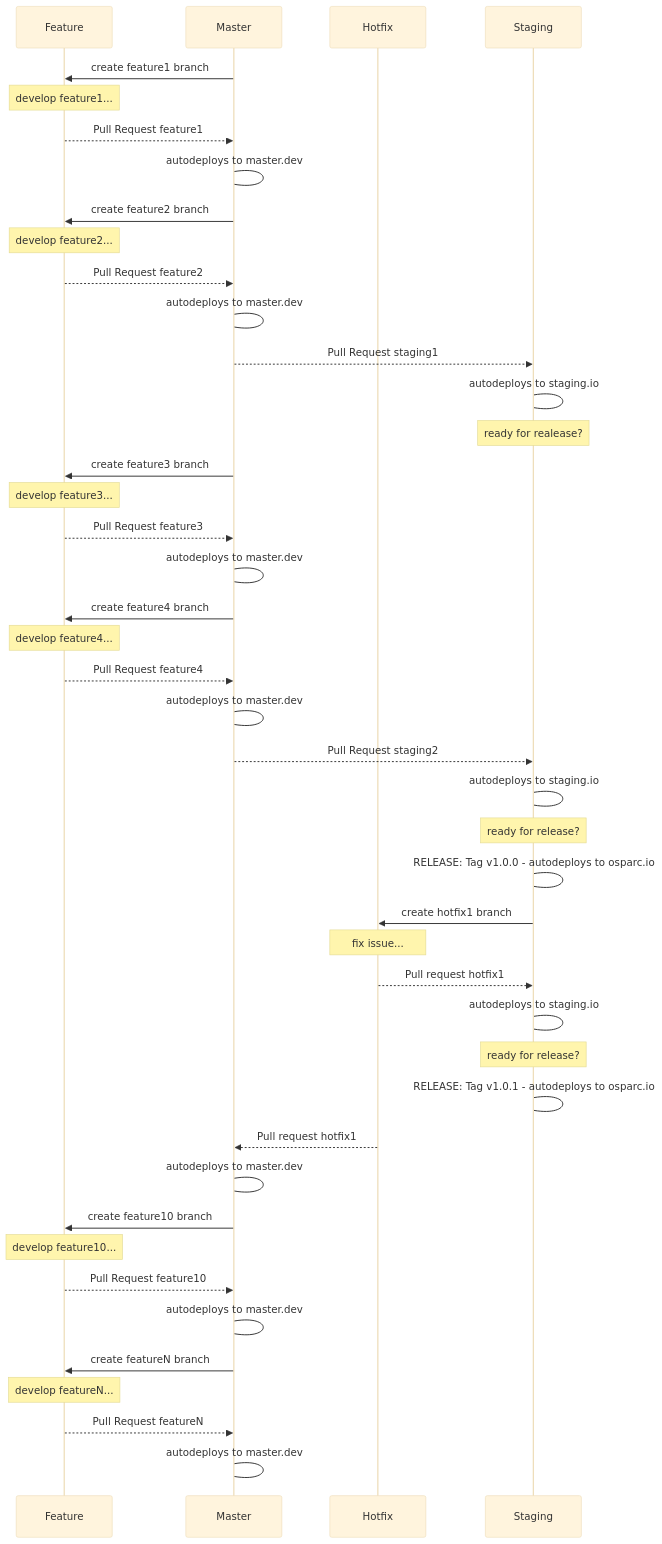
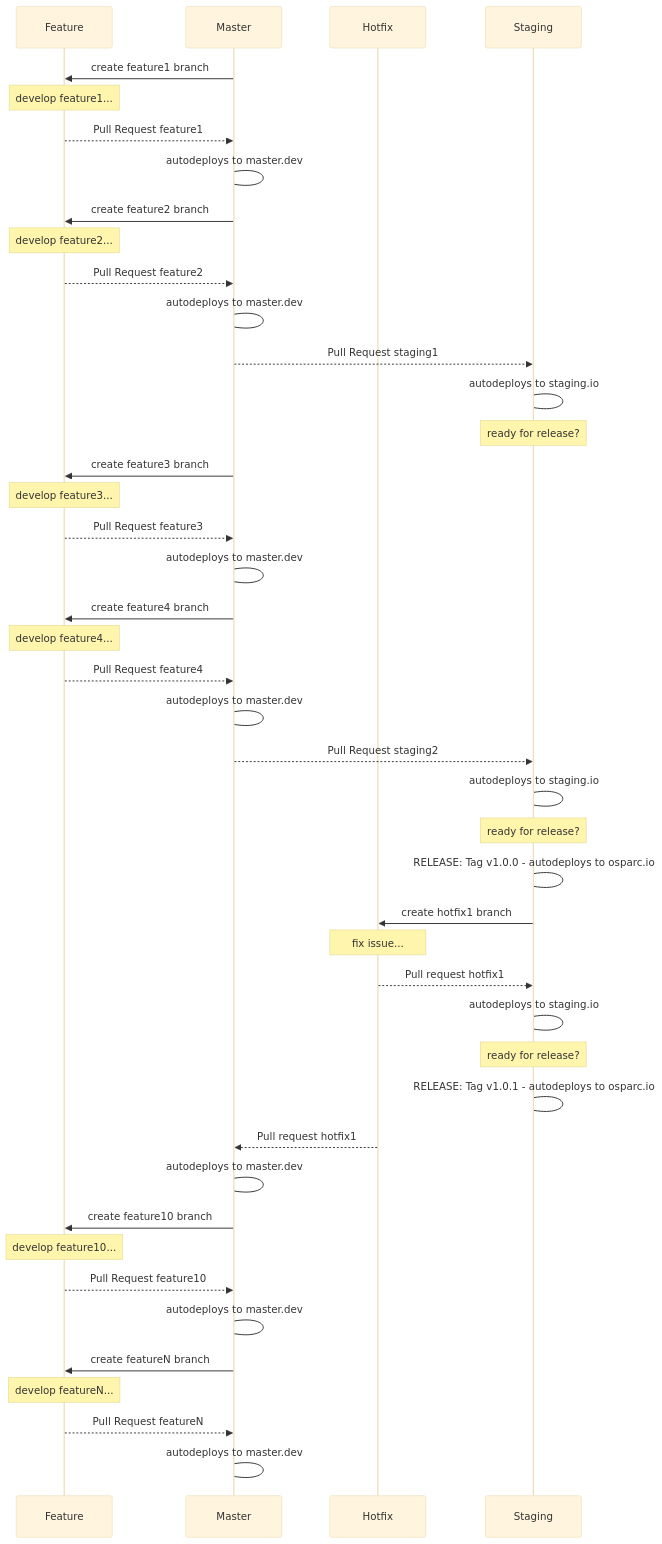
Before and after one commit to ITISFoundation/osparc-simcore: the diagram in docs/img/git-release-workflow.md, drawn with Mermaid (base theme). The commit also changed 1 other file, not shown here.

Commit message:
updated workflow diagram

````diff
--- a/docs/img/git-release-workflow.md
+++ b/docs/img/git-release-workflow.md
@@ -1,55 +1,55 @@
 ```mermaid
 sequenceDiagram
 participant Feature
 participant Master
 participant Hotfix
 participant Staging
 
 Master->>Feature: create feature1 branch
 Note over Feature: develop feature1...
 Feature-->>Master: Pull Request feature1
 Master->Master: autodeploys to master.dev
 
 Master->>Feature: create feature2 branch
 Note over Feature: develop feature2...
 Feature-->>Master: Pull Request feature2
 Master->Master: autodeploys to master.dev
 
 Master-->>Staging: Pull Request staging1
 Staging->Staging: autodeploys to staging.io
-Note over Staging: ready for realease?
+Note over Staging: ready for release?
 
 Master->>Feature: create feature3 branch
 Note over Feature: develop feature3...
 Feature-->>Master: Pull Request feature3
 Master->Master: autodeploys to master.dev
 
 Master->>Feature: create feature4 branch
 Note over Feature: develop feature4...
 Feature-->>Master: Pull Request feature4
 Master->Master: autodeploys to master.dev
 
 Master-->>Staging: Pull Request staging2
 Staging->Staging: autodeploys to staging.io
 Note over Staging: ready for release?
 Staging->Staging: RELEASE: Tag v1.0.0 - autodeploys to osparc.io
 
 Staging->>Hotfix: create hotfix1 branch
 Note over Hotfix: fix issue...
 Hotfix-->>Staging: Pull request hotfix1
 Staging->Staging: autodeploys to staging.io
 Note over Staging: ready for release?
 Staging->Staging: RELEASE: Tag v1.0.1 - autodeploys to osparc.io
 Hotfix-->>Master: Pull request hotfix1
 Master->Master: autodeploys to master.dev
 
 Master->>Feature: create feature10 branch
 Note over Feature: develop feature10...
 Feature-->>Master: Pull Request feature10
 Master->Master: autodeploys to master.dev
 
 Master->>Feature: create featureN branch
 Note over Feature: develop featureN...
 Feature-->>Master: Pull Request featureN
 Master->Master: autodeploys to master.dev
 ```
````
